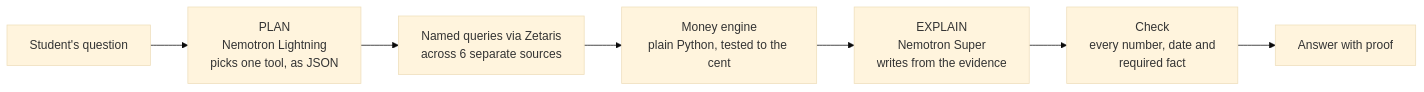
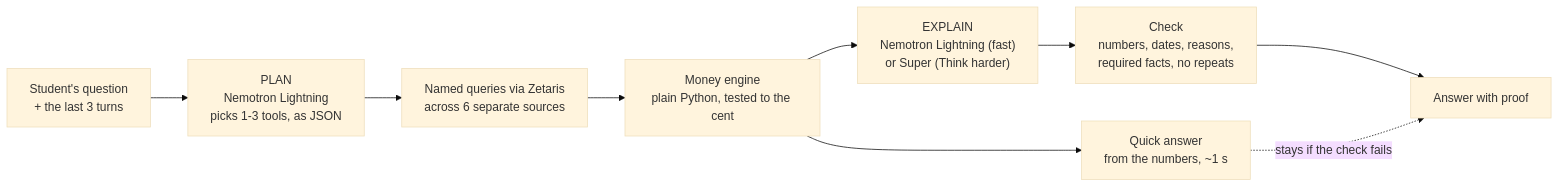
One commit to earg555890/Runway-GenAi-10.27 changed the diagram in README.md. Above: the diagram before and after it, drawn with Mermaid (base theme). The commit also changed other lines of this file and 3 other files, not shown here.

Commit message:
Docs for the chat version: tools, fast vs Think harder, checks, launchers; demo answers recorded with Super + thinking

````diff
--- a/README.md
+++ b/README.md
@@ -63,9 +68,11 @@
 ```mermaid
 flowchart LR
-    Q[Student's question] --> P["PLAN<br/>Nemotron Lightning<br/>picks one tool, as JSON"]
+    Q["Student's question<br/>+ the last 3 turns"] --> P["PLAN<br/>Nemotron Lightning<br/>picks 1-3 tools, as JSON"]
     P --> D["Named queries via Zetaris<br/>across 6 separate sources"]
     D --> E["Money engine<br/>plain Python, tested to the cent"]
-    E --> X["EXPLAIN<br/>Nemotron Super<br/>writes from the evidence"]
-    X --> C["Check<br/>every number, date and<br/>required fact"]
+    E --> K["Quick answer<br/>from the numbers, ~1 s"]
+    E --> X["EXPLAIN<br/>Nemotron Lightning (fast)<br/>or Super (Think harder)"]
+    X --> C["Check<br/>numbers, dates, reasons,<br/>required facts, no repeats"]
     C --> A[Answer with proof]
+    K -. "stays if the check fails" .-> A
 ```
````
